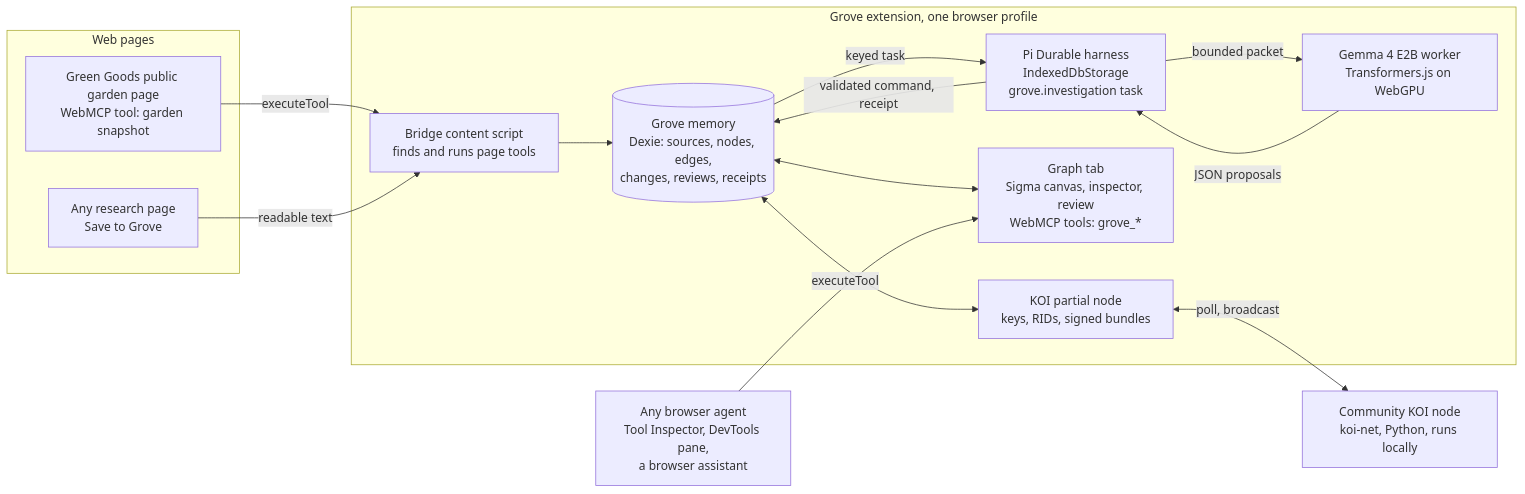
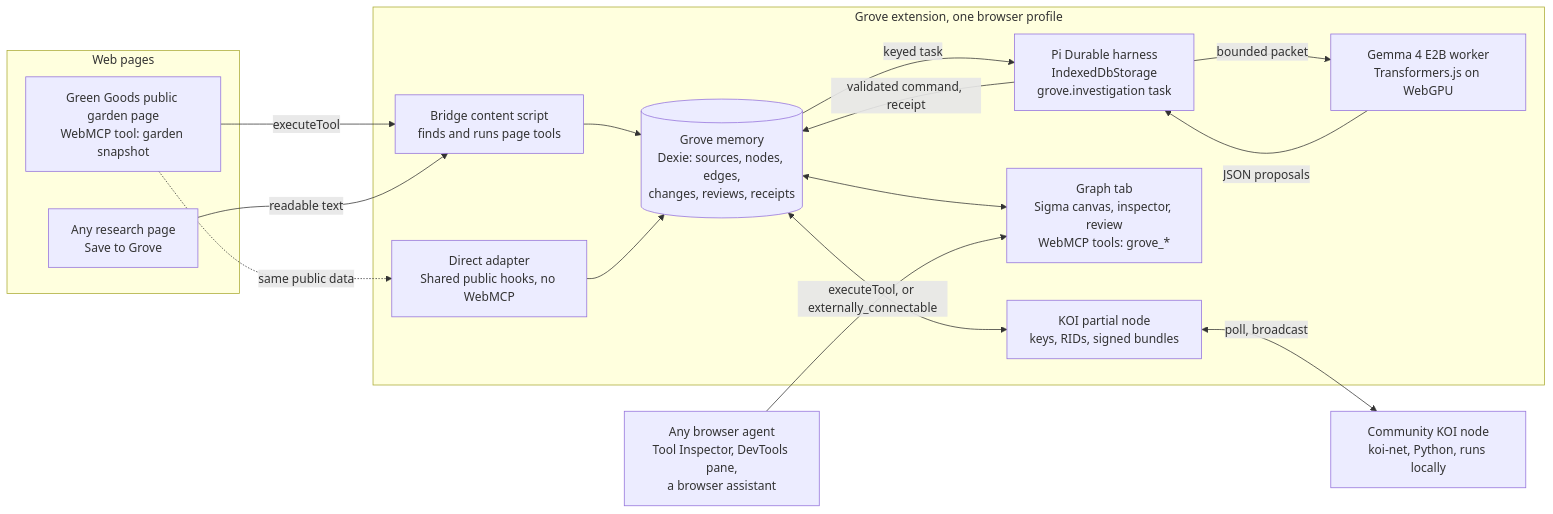
Before and after one commit to greenpill-dev-guild/green-goods: the diagram in .plans/ideas/grove/prototype.md, drawn with Mermaid. The commit also changed other lines of this file and 3 other files, not shown here.

First line of the commit message:
docs(plans): record the Grove prototype decisions on surface, browser and a no-WebMCP mode

````diff
--- a/.plans/ideas/grove/prototype.md
+++ b/.plans/ideas/grove/prototype.md
@@ -27,28 +27,31 @@
 ```mermaid
 flowchart LR
   subgraph Pages["Web pages"]
     GG["Green Goods public garden page<br/>WebMCP tool: garden snapshot"]
     SRC["Any research page<br/>Save to Grove"]
   end
   subgraph Ext["Grove extension, one browser profile"]
     BR["Bridge content script<br/>finds and runs page tools"]
+    DIR["Direct adapter<br/>Shared public hooks, no WebMCP"]
     MEM[("Grove memory<br/>Dexie: sources, nodes, edges,<br/>changes, reviews, receipts")]
     PI["Pi Durable harness<br/>IndexedDbStorage<br/>grove.investigation task"]
     GEM["Gemma 4 E2B worker<br/>Transformers.js on WebGPU"]
     UI["Graph tab<br/>Sigma canvas, inspector, review<br/>WebMCP tools: grove_*"]
     KOI["KOI partial node<br/>keys, RIDs, signed bundles"]
   end
   PEER["Community KOI node<br/>koi-net, Python, runs locally"]
   AGENT["Any browser agent<br/>Tool Inspector, DevTools pane,<br/>a browser assistant"]
   GG -->|"executeTool"| BR
+  GG -.->|"same public data"| DIR
   SRC -->|"readable text"| BR
   BR --> MEM
+  DIR --> MEM
   MEM -->|"keyed task"| PI
   PI -->|"bounded packet"| GEM
   GEM -->|"JSON proposals"| PI
   PI -->|"validated command, receipt"| MEM
   MEM <--> UI
   MEM <--> KOI
   KOI <-->|"poll, broadcast"| PEER
-  AGENT -->|"executeTool"| UI
+  AGENT -->|"executeTool, or externally_connectable"| UI
 ```
````
